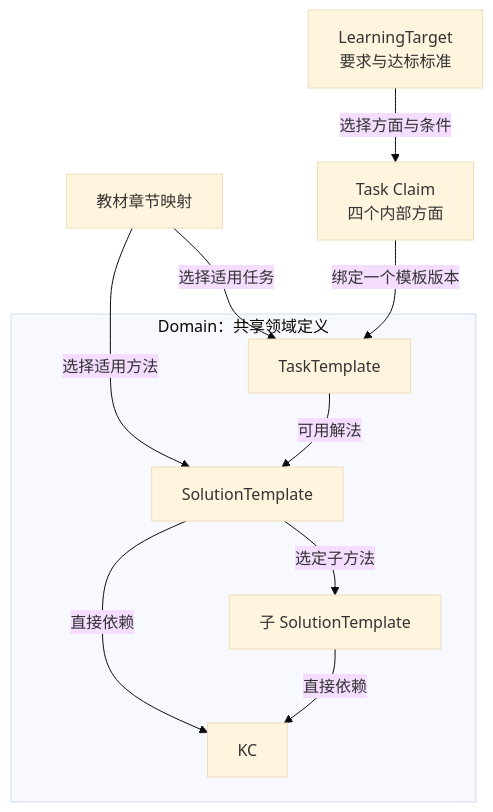
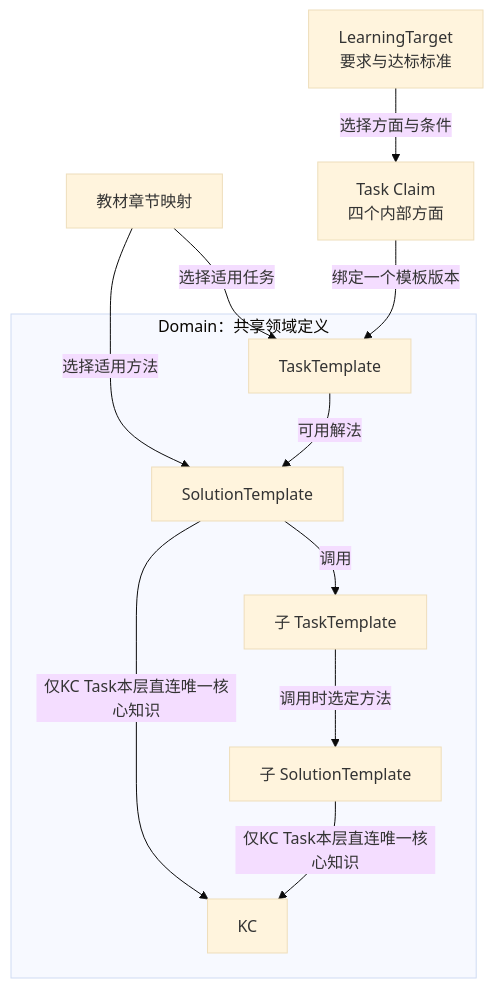
Before and after one commit to ivgotcrazy/deermind: the second of 4 diagrams in doc/mvp/m1/PRD.md, drawn with Mermaid (base theme). The commit also changed other lines of this file and 47 other files, not shown here.

````diff
--- a/doc/mvp/m1/PRD.md
+++ b/doc/mvp/m1/PRD.md
@@ -119,13 +119,14 @@
 ```mermaid
 flowchart TB
     M["教材章节映射"] -->|"选择适用任务"| T["TaskTemplate"]
     M -->|"选择适用方法"| S["SolutionTemplate"]
     G["LearningTarget<br/>要求与达标标准"] -->|"选择方面与条件"| CL["Task Claim<br/>四个内部方面"]
     CL -->|"绑定一个模板版本"| T
     subgraph D["Domain：共享领域定义"]
         T -->|"可用解法"| S
-        S -->|"直接依赖"| K["KC"]
-        S -->|"选定子方法"| CS["子 SolutionTemplate"]
-        CS -->|"直接依赖"| K
+        S -->|"仅KC Task本层直连唯一核心知识"| K["KC"]
+        S -->|"调用"| CT["子 TaskTemplate"]
+        CT -->|"调用时选定方法"| CS["子 SolutionTemplate"]
+        CS -->|"仅KC Task本层直连唯一核心知识"| K
     end
 ```
````
